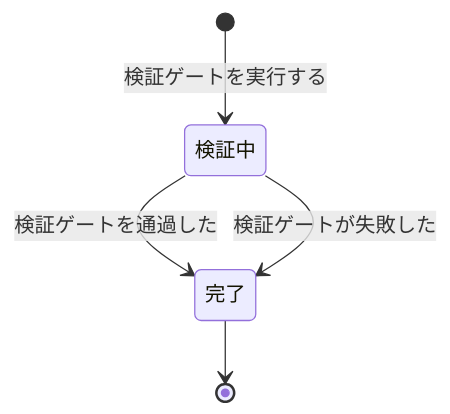
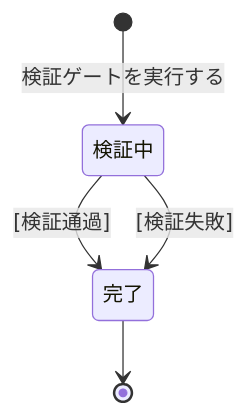
Before and after one commit to kuchita-el/claude-shared-skills: the fifth of 7 diagrams in docs/development/event-storming.md, drawn with Mermaid. The commit also changed other lines of this file, not shown here.

First line of the commit message:
docs(event-storming): mermaid 遷移ラベル規約を R1（コマンド+ガード条件）に統一 (#184)

````diff
--- a/docs/development/event-storming.md
+++ b/docs/development/event-storming.md
@@ -228,7 +236,7 @@
 ```mermaid
 stateDiagram-v2
     [*] --> 検証中: 検証ゲートを実行する
-    検証中 --> 完了: 検証ゲートを通過した
-    検証中 --> 完了: 検証ゲートが失敗した
+    検証中 --> 完了: [検証通過]
+    検証中 --> 完了: [検証失敗]
     完了 --> [*]
 ```
````
